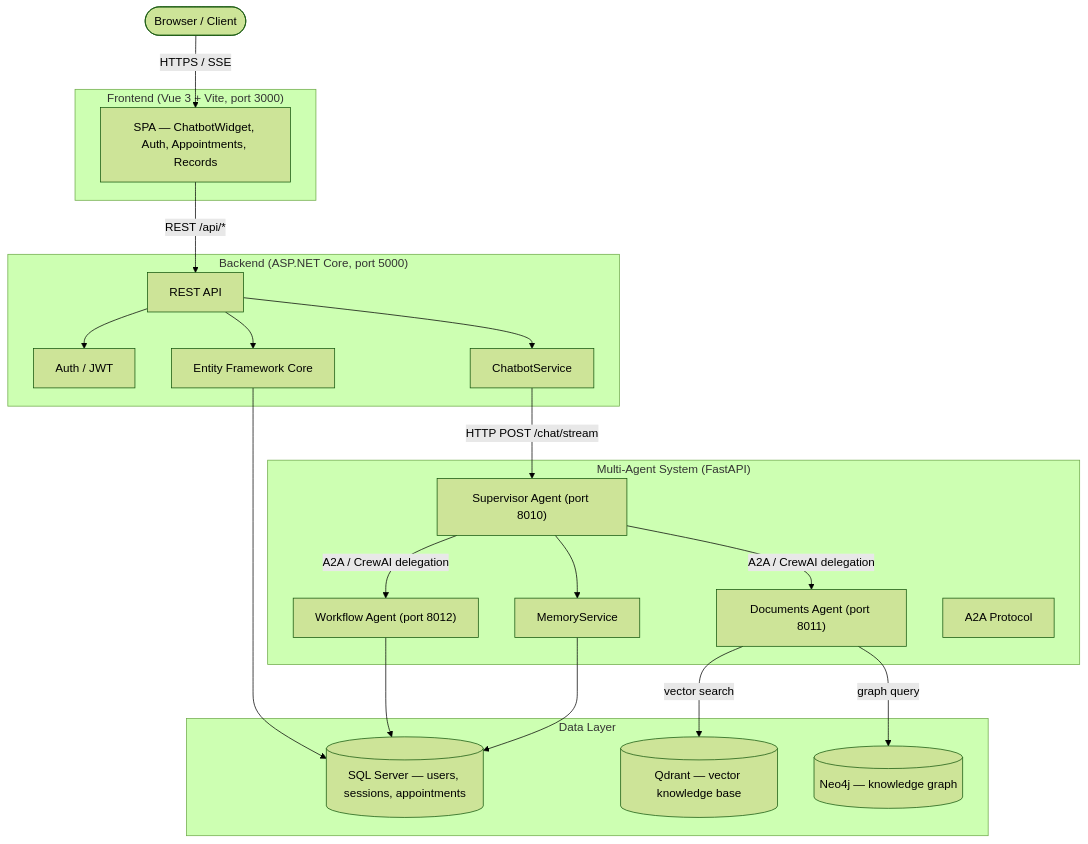
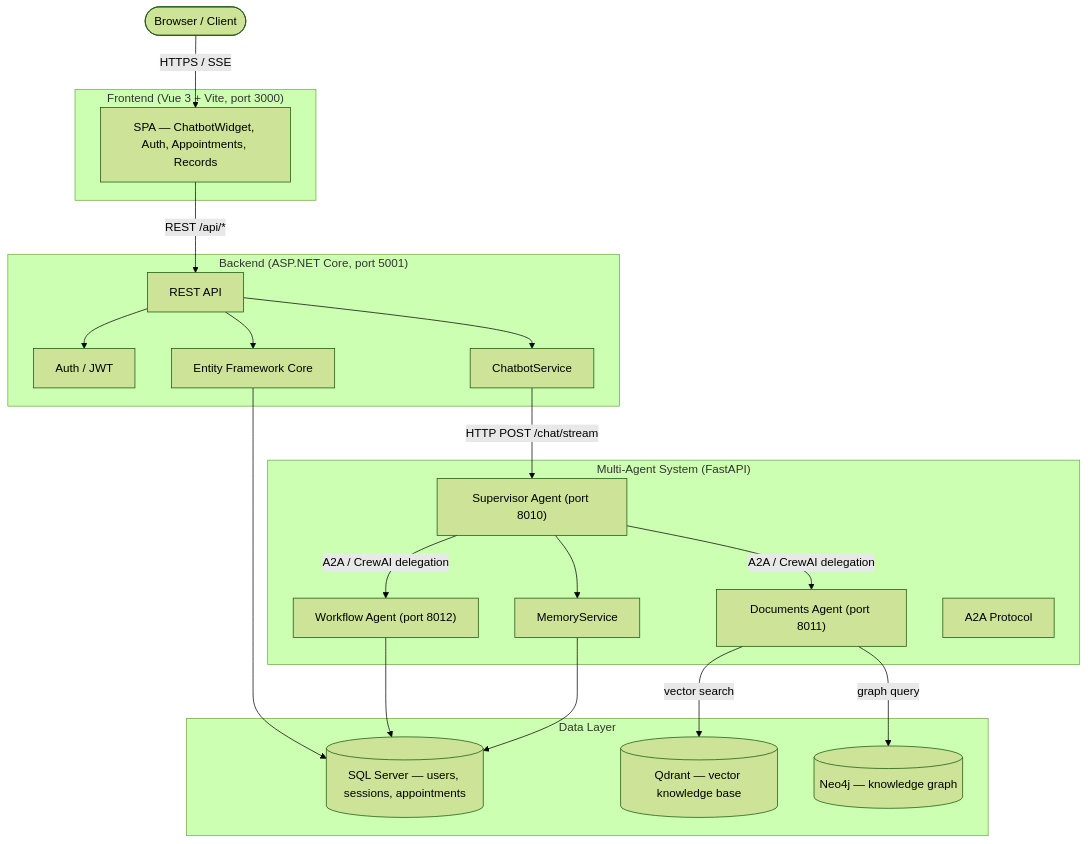
One commit to dinhtanloc/MGS-Plus changed the diagram in README.md. Above: the diagram before and after it, drawn with Mermaid (forest theme). The commit also changed other lines of this file and 90 other files, not shown here.

````diff
--- a/README.md
+++ b/README.md
@@ -9,42 +9,42 @@
 ```mermaid
 graph TD
     User([Browser / Client])
 
     subgraph Frontend["Frontend  (Vue 3 + Vite, port 3000)"]
         SPA[SPA — ChatbotWidget, Auth, Appointments, Records]
     end
 
-    subgraph Backend["Backend  (ASP.NET Core, port 5000)"]
+    subgraph Backend["Backend  (ASP.NET Core, port 5001)"]
         API[REST API]
         Auth[Auth / JWT]
         Chatbot[ChatbotService]
         EF[Entity Framework Core]
     end
 
     subgraph Agents["Multi-Agent System  (FastAPI)"]
         Supervisor["Supervisor Agent (port 8010)"]
         Documents["Documents Agent (port 8011)"]
         Workflow["Workflow Agent (port 8012)"]
         Memory[MemoryService]
         A2A[A2A Protocol]
     end
 
     subgraph Databases["Data Layer"]
         SQL[(SQL Server — users, sessions, appointments)]
         Qdrant[(Qdrant — vector knowledge base)]
         Neo4j[(Neo4j — knowledge graph)]
     end
 
     User -->|HTTPS / SSE| SPA
     SPA -->|REST /api/*| API
     API --> Auth
     API --> Chatbot
     Chatbot -->|HTTP POST /chat/stream| Supervisor
     API --> EF --> SQL
     Supervisor -->|A2A / CrewAI delegation| Documents
     Supervisor -->|A2A / CrewAI delegation| Workflow
     Documents -->|vector search| Qdrant
     Documents -->|graph query| Neo4j
     Workflow --> SQL
     Supervisor --> Memory --> SQL
 ```
````
